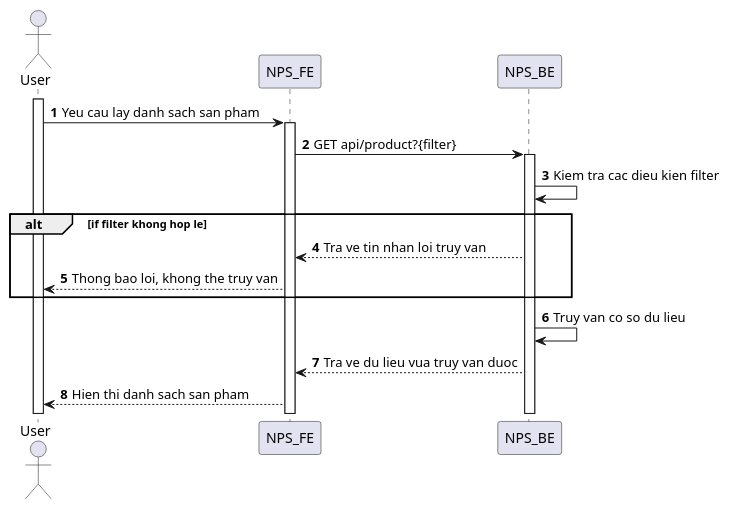
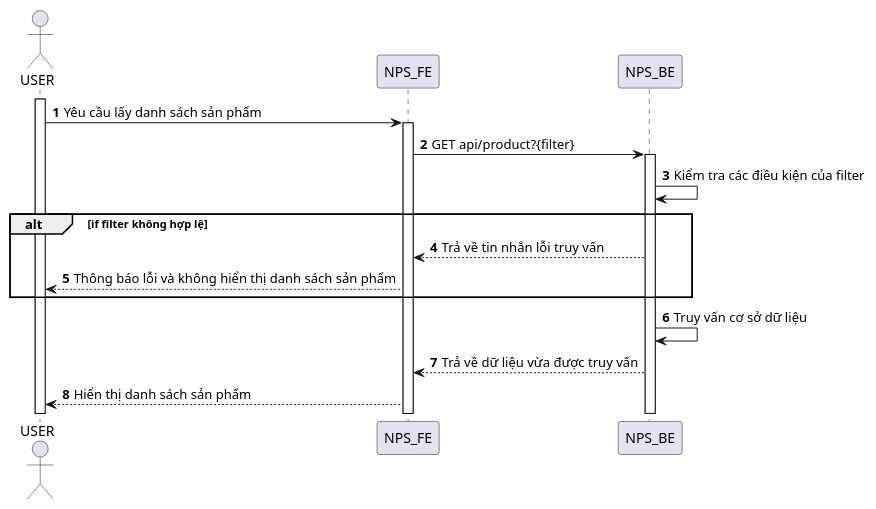
The diagram in SequenceDiagram/Product/get-list-product.puml (congdanh0101/fast-food), drawn with PlantUML before and after one commit. The commit also changed 144 other files, not shown here.

Commit message:
update seq diagram

```diff
--- a/SequenceDiagram/Product/get-list-product.puml
+++ b/SequenceDiagram/Product/get-list-product.puml
@@ -1,23 +1,23 @@
 @startuml
 autonumber
-actor User
+actor USER
 
-activate User
+activate USER
 
-User -> NPS_FE: Yeu cau lay danh sach san pham
+USER -> NPS_FE: Yêu cầu lấy danh sách sản phẩm
 activate NPS_FE
 
 NPS_FE -> NPS_BE: GET api/product?{filter}
 activate NPS_BE
-NPS_BE -> NPS_BE: Kiem tra cac dieu kien filter
+NPS_BE -> NPS_BE: Kiểm tra các điều kiện của filter
 
-alt if filter khong hop le
-NPS_BE --> NPS_FE: Tra ve tin nhan loi truy van
-NPS_FE --> User: Thong bao loi, khong the truy van
+alt if filter không hợp lệ
+NPS_BE --> NPS_FE: Trả về tin nhắn lỗi truy vấn
+NPS_FE --> USER: Thông báo lỗi và không hiển thị danh sách sản phẩm
 end
 
-NPS_BE->NPS_BE: Truy van co so du lieu
-NPS_BE --> NPS_FE: Tra ve du lieu vua truy van duoc
-NPS_FE --> User: Hien thi danh sach san pham
+NPS_BE->NPS_BE: Truy vấn cơ sở dữ liệu
+NPS_BE --> NPS_FE: Trả về dữ liệu vừa được truy vấn
+NPS_FE --> USER: Hiển thị danh sách sản phẩm
 
 @enduml
```
